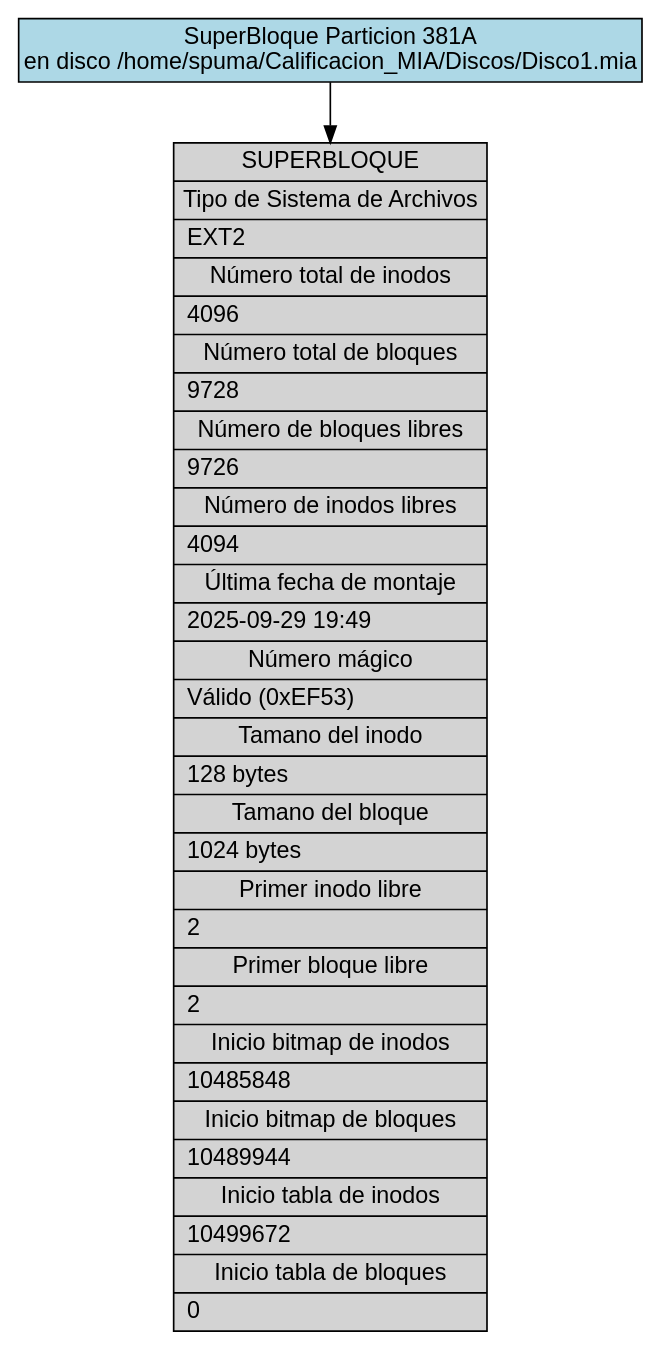
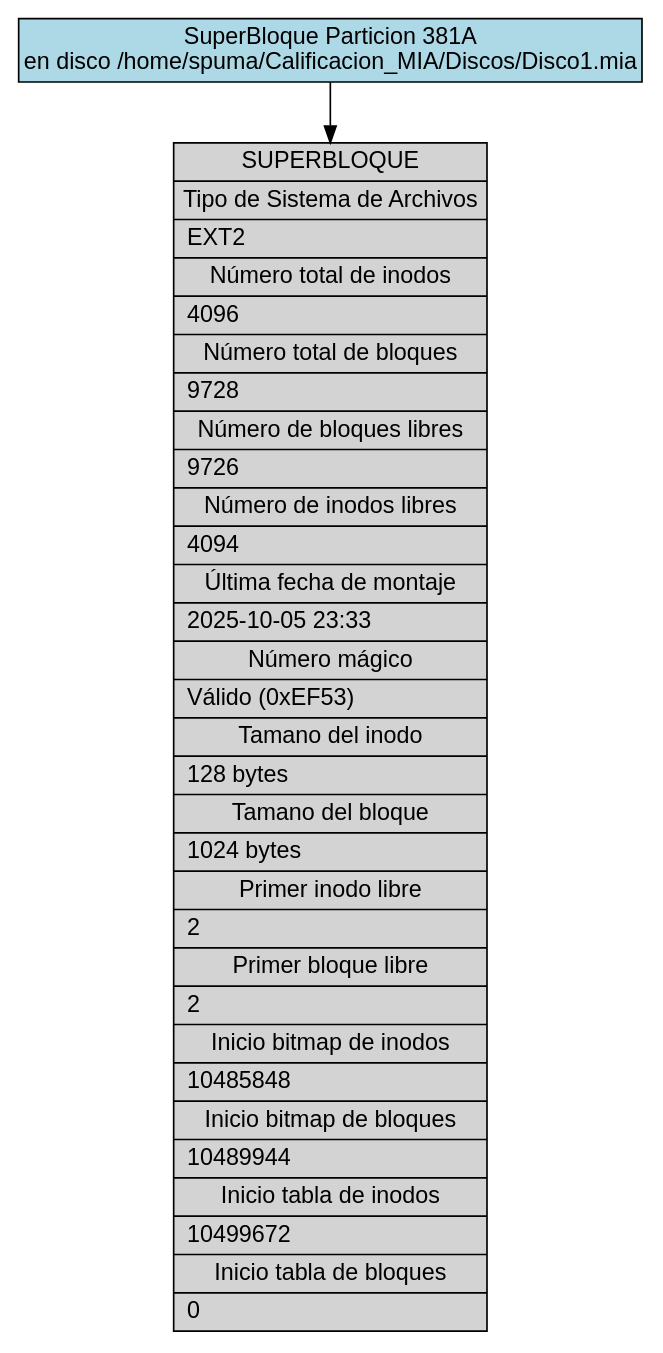
The diagram in backend/provider/reports/src/sb_381A.dot (DiegVas/MIA_2S2025_P2_202300638), drawn with Graphviz before and after one commit. The commit also changed 17 other files, not shown here.

```diff
--- a/backend/provider/reports/src/sb_381A.dot
+++ b/backend/provider/reports/src/sb_381A.dot
@@ -1,13 +1,13 @@
 digraph Superblock_Report {
     rankdir=TB;
     node [shape=record, fontname="Arial"];
     edge [fontname="Arial"];
     graph [fontname="Arial"];
 
     title [label="SuperBloque Particion 381A\nen disco /home/spuma/Calificacion_MIA/Discos/Disco1.mia", shape=box, style=filled, fillcolor=lightblue];
 
-    superblock [label="{SUPERBLOQUE|Tipo de Sistema de Archivos|EXT2\l|Número total de inodos|4096\l|Número total de bloques|9728\l|Número de bloques libres|9726\l|Número de inodos libres|4094\l|Última fecha de montaje|2025-09-29 19:49\l|Número mágico|Válido (0xEF53)\l|Tamano del inodo|128 bytes\l|Tamano del bloque|1024 bytes\l|Primer inodo libre|2\l|Primer bloque libre|2\l|Inicio bitmap de inodos|10485848\l|Inicio bitmap de bloques|10489944\l|Inicio tabla de inodos|10499672\l|Inicio tabla de bloques|0\l}", style=filled, fillcolor=lightgray];
+    superblock [label="{SUPERBLOQUE|Tipo de Sistema de Archivos|EXT2\l|Número total de inodos|4096\l|Número total de bloques|9728\l|Número de bloques libres|9726\l|Número de inodos libres|4094\l|Última fecha de montaje|2025-10-05 23:33\l|Número mágico|Válido (0xEF53)\l|Tamano del inodo|128 bytes\l|Tamano del bloque|1024 bytes\l|Primer inodo libre|2\l|Primer bloque libre|2\l|Inicio bitmap de inodos|10485848\l|Inicio bitmap de bloques|10489944\l|Inicio tabla de inodos|10499672\l|Inicio tabla de bloques|0\l}", style=filled, fillcolor=lightgray];
 
     title -> superblock;
 
 }
```
